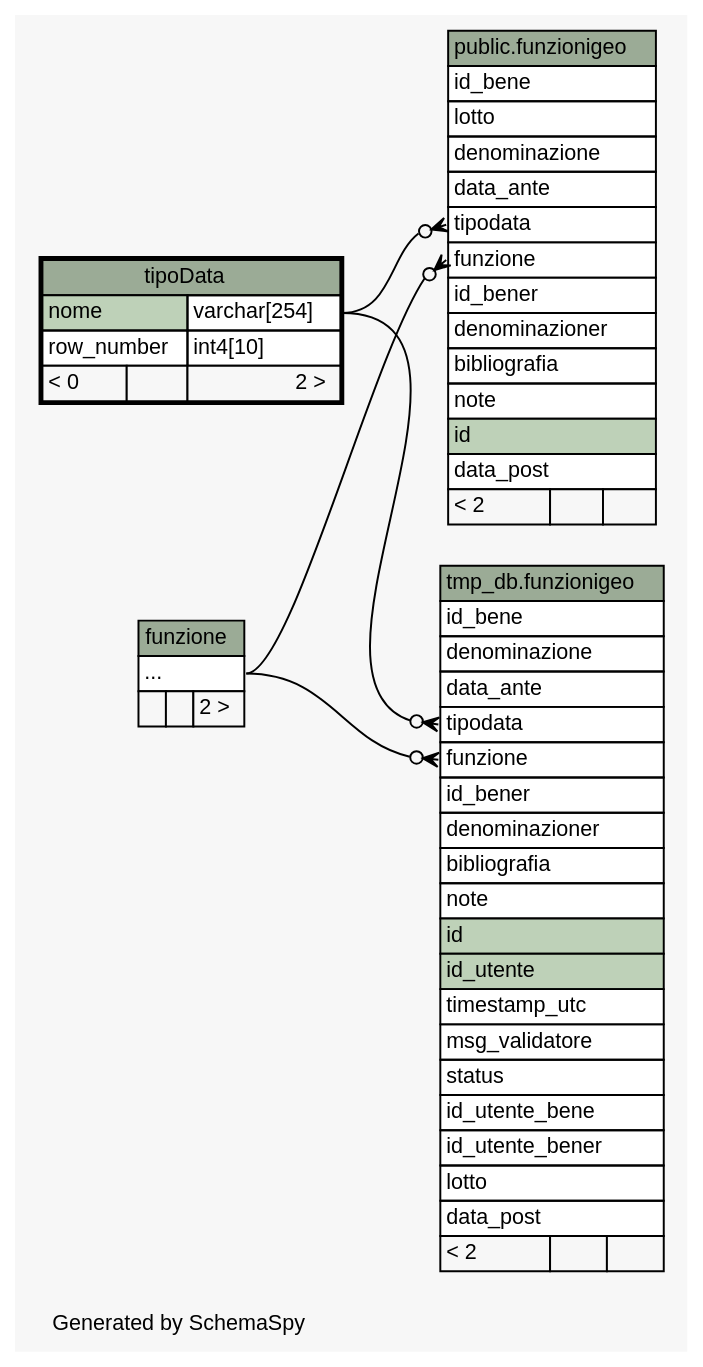
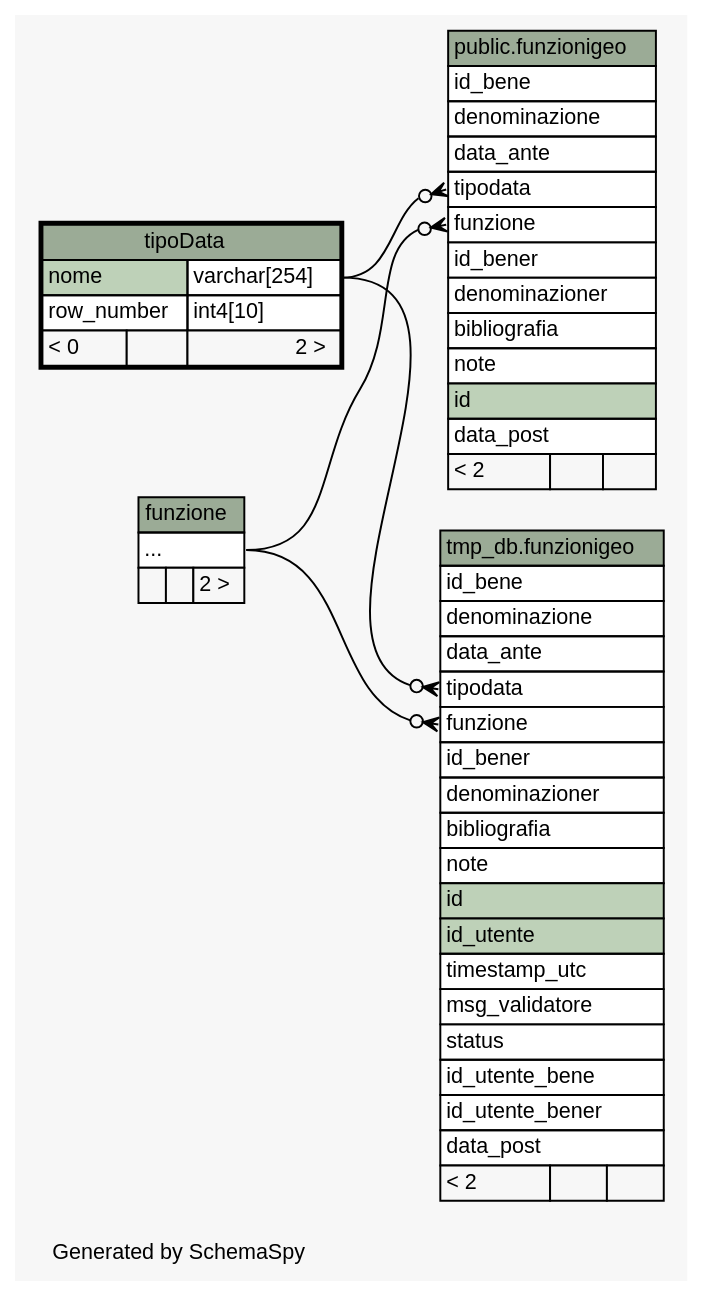
Before and after one commit to MaurizioRicci/beniInLunigianaServer: the diagram in databaseSchemaInterattivo/vocabolari/diagrams/tipoData.2degrees.dot, drawn with Graphviz. The commit also changed 223 other files, not shown here.

Commit message:
aggiornato schema interattivo & dump

```diff
--- a/databaseSchemaInterattivo/vocabolari/diagrams/tipoData.2degrees.dot
+++ b/databaseSchemaInterattivo/vocabolari/diagrams/tipoData.2degrees.dot
@@ -1,95 +1,93 @@
 // dot 2.38.0 on Windows 10 10.0
 // SchemaSpy rev 590
 digraph "twoDegreesRelationshipsDiagram" {
   graph [
     rankdir="RL"
     bgcolor="#f7f7f7"
     label="\nGenerated by SchemaSpy"
     labeljust="l"
     nodesep="0.18"
     ranksep="0.46"
     fontname="Helvetica"
     fontsize="11"
   ];
   node [
     fontname="Helvetica"
     fontsize="11"
     shape="plaintext"
   ];
   edge [
     arrowsize="0.8"
   ];
   "public.funzionigeo":"funzione":w -> "funzione":"elipses":e [arrowhead=none dir=back arrowtail=crowodot];
   "public.funzionigeo":"tipodata":w -> "tipoData":"nome.type":e [arrowhead=none dir=back arrowtail=crowodot];
   "tmp_db.funzionigeo":"funzione":w -> "funzione":"elipses":e [arrowhead=none dir=back arrowtail=crowodot];
   "tmp_db.funzionigeo":"tipodata":w -> "tipoData":"nome.type":e [arrowhead=none dir=back arrowtail=crowodot];
   "funzione" [
     label=<
     <TABLE BORDER="0" CELLBORDER="1" CELLSPACING="0" BGCOLOR="#ffffff">
       <TR><TD COLSPAN="3" BGCOLOR="#9bab96" ALIGN="CENTER">funzione</TD></TR>
       <TR><TD PORT="elipses" COLSPAN="3" ALIGN="LEFT">...</TD></TR>
       <TR><TD ALIGN="LEFT" BGCOLOR="#f7f7f7">  </TD><TD ALIGN="RIGHT" BGCOLOR="#f7f7f7">  </TD><TD ALIGN="RIGHT" BGCOLOR="#f7f7f7">2 &gt;</TD></TR>
     </TABLE>>
     URL="funzione.html"
     tooltip="funzione"
   ];
   "public.funzionigeo" [
     label=<
     <TABLE BORDER="0" CELLBORDER="1" CELLSPACING="0" BGCOLOR="#ffffff">
       <TR><TD COLSPAN="3" BGCOLOR="#9bab96" ALIGN="CENTER">public.funzionigeo</TD></TR>
       <TR><TD PORT="id_bene" COLSPAN="3" ALIGN="LEFT">id_bene</TD></TR>
-      <TR><TD PORT="lotto" COLSPAN="3" ALIGN="LEFT">lotto</TD></TR>
       <TR><TD PORT="denominazione" COLSPAN="3" ALIGN="LEFT">denominazione</TD></TR>
       <TR><TD PORT="data_ante" COLSPAN="3" ALIGN="LEFT">data_ante</TD></TR>
       <TR><TD PORT="tipodata" COLSPAN="3" ALIGN="LEFT">tipodata</TD></TR>
       <TR><TD PORT="funzione" COLSPAN="3" ALIGN="LEFT">funzione</TD></TR>
       <TR><TD PORT="id_bener" COLSPAN="3" ALIGN="LEFT">id_bener</TD></TR>
       <TR><TD PORT="denominazioner" COLSPAN="3" ALIGN="LEFT">denominazioner</TD></TR>
       <TR><TD PORT="bibliografia" COLSPAN="3" ALIGN="LEFT">bibliografia</TD></TR>
       <TR><TD PORT="note" COLSPAN="3" ALIGN="LEFT">note</TD></TR>
       <TR><TD PORT="id" COLSPAN="3" BGCOLOR="#bed1b8" ALIGN="LEFT">id</TD></TR>
       <TR><TD PORT="data_post" COLSPAN="3" ALIGN="LEFT">data_post</TD></TR>
       <TR><TD ALIGN="LEFT" BGCOLOR="#f7f7f7">&lt; 2</TD><TD ALIGN="RIGHT" BGCOLOR="#f7f7f7">  </TD><TD ALIGN="RIGHT" BGCOLOR="#f7f7f7">  </TD></TR>
     </TABLE>>
     URL="../../public/tables/funzionigeo.html"
     tooltip="public.funzionigeo"
   ];
   "tmp_db.funzionigeo" [
     label=<
     <TABLE BORDER="0" CELLBORDER="1" CELLSPACING="0" BGCOLOR="#ffffff">
       <TR><TD COLSPAN="3" BGCOLOR="#9bab96" ALIGN="CENTER">tmp_db.funzionigeo</TD></TR>
       <TR><TD PORT="id_bene" COLSPAN="3" ALIGN="LEFT">id_bene</TD></TR>
       <TR><TD PORT="denominazione" COLSPAN="3" ALIGN="LEFT">denominazione</TD></TR>
       <TR><TD PORT="data_ante" COLSPAN="3" ALIGN="LEFT">data_ante</TD></TR>
       <TR><TD PORT="tipodata" COLSPAN="3" ALIGN="LEFT">tipodata</TD></TR>
       <TR><TD PORT="funzione" COLSPAN="3" ALIGN="LEFT">funzione</TD></TR>
       <TR><TD PORT="id_bener" COLSPAN="3" ALIGN="LEFT">id_bener</TD></TR>
       <TR><TD PORT="denominazioner" COLSPAN="3" ALIGN="LEFT">denominazioner</TD></TR>
       <TR><TD PORT="bibliografia" COLSPAN="3" ALIGN="LEFT">bibliografia</TD></TR>
       <TR><TD PORT="note" COLSPAN="3" ALIGN="LEFT">note</TD></TR>
       <TR><TD PORT="id" COLSPAN="3" BGCOLOR="#bed1b8" ALIGN="LEFT">id</TD></TR>
       <TR><TD PORT="id_utente" COLSPAN="3" BGCOLOR="#bed1b8" ALIGN="LEFT">id_utente</TD></TR>
       <TR><TD PORT="timestamp_utc" COLSPAN="3" ALIGN="LEFT">timestamp_utc</TD></TR>
       <TR><TD PORT="msg_validatore" COLSPAN="3" ALIGN="LEFT">msg_validatore</TD></TR>
       <TR><TD PORT="status" COLSPAN="3" ALIGN="LEFT">status</TD></TR>
       <TR><TD PORT="id_utente_bene" COLSPAN="3" ALIGN="LEFT">id_utente_bene</TD></TR>
       <TR><TD PORT="id_utente_bener" COLSPAN="3" ALIGN="LEFT">id_utente_bener</TD></TR>
-      <TR><TD PORT="lotto" COLSPAN="3" ALIGN="LEFT">lotto</TD></TR>
       <TR><TD PORT="data_post" COLSPAN="3" ALIGN="LEFT">data_post</TD></TR>
       <TR><TD ALIGN="LEFT" BGCOLOR="#f7f7f7">&lt; 2</TD><TD ALIGN="RIGHT" BGCOLOR="#f7f7f7">  </TD><TD ALIGN="RIGHT" BGCOLOR="#f7f7f7">  </TD></TR>
     </TABLE>>
     URL="../../tmp_db/tables/funzionigeo.html"
     tooltip="tmp_db.funzionigeo"
   ];
   "tipoData" [
     label=<
     <TABLE BORDER="2" CELLBORDER="1" CELLSPACING="0" BGCOLOR="#ffffff">
       <TR><TD COLSPAN="3" BGCOLOR="#9bab96" ALIGN="CENTER">tipoData</TD></TR>
       <TR><TD PORT="nome" COLSPAN="2" BGCOLOR="#bed1b8" ALIGN="LEFT">nome</TD><TD PORT="nome.type" ALIGN="LEFT">varchar[254]</TD></TR>
       <TR><TD PORT="row_number" COLSPAN="2" ALIGN="LEFT">row_number</TD><TD PORT="row_number.type" ALIGN="LEFT">int4[10]</TD></TR>
       <TR><TD ALIGN="LEFT" BGCOLOR="#f7f7f7">&lt; 0</TD><TD ALIGN="RIGHT" BGCOLOR="#f7f7f7">  </TD><TD ALIGN="RIGHT" BGCOLOR="#f7f7f7">2 &gt;</TD></TR>
     </TABLE>>
     URL="tipoData.html"
     tooltip="tipoData"
   ];
 }
```
